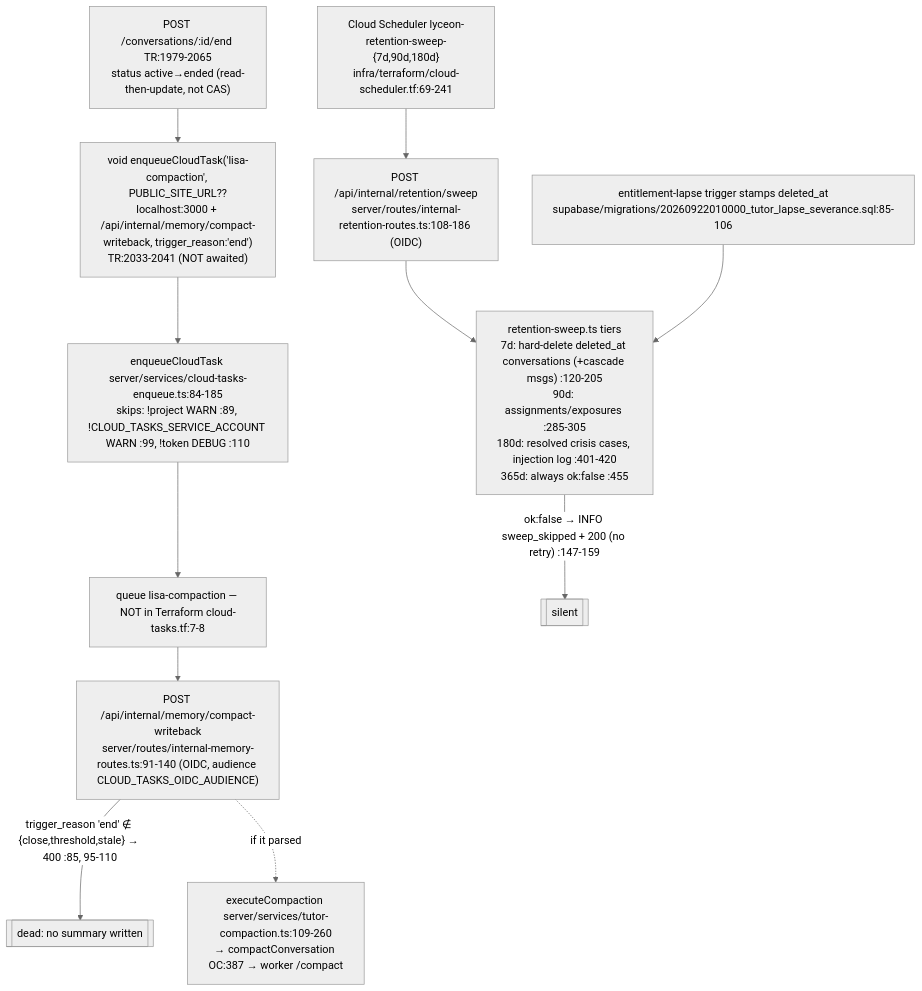
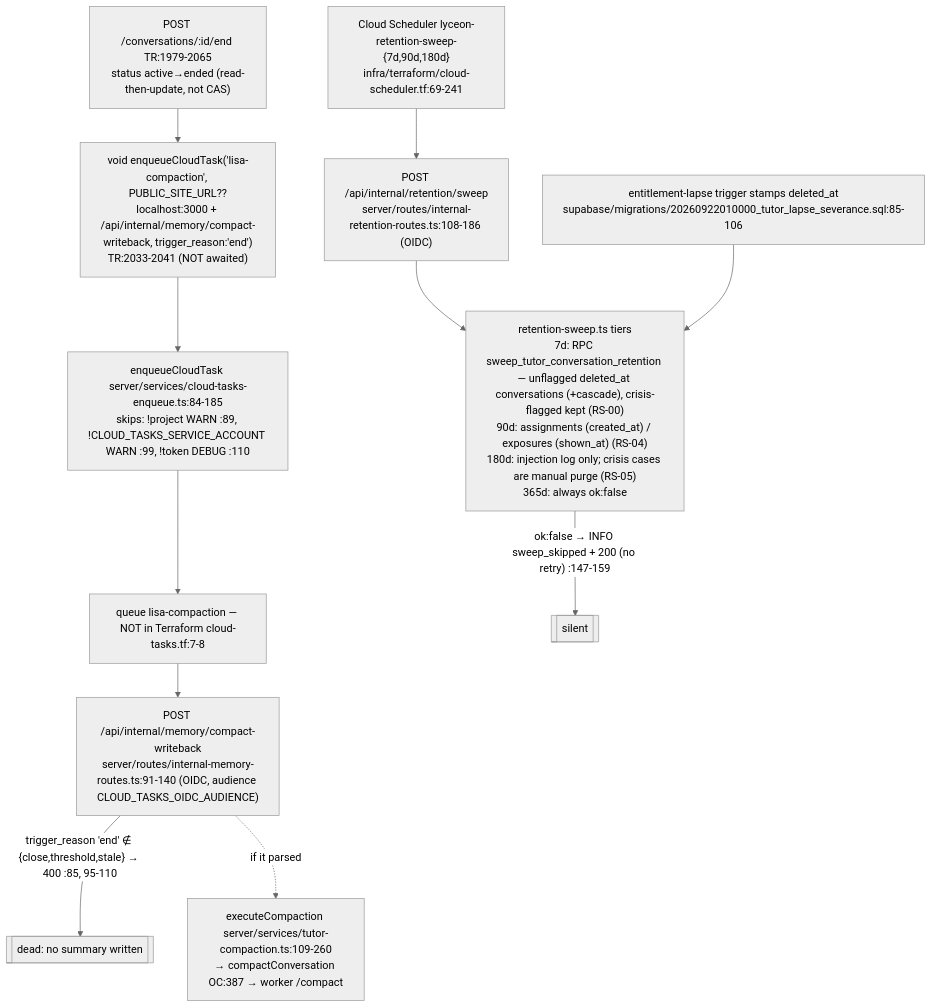
One commit to Lyceon-Team/Lyceonai changed the fifth of 9 diagrams in docs/lisa-flow-map.md. Above: the diagram before and after it, drawn with Mermaid (neutral theme). The commit also changed other lines of this file and 5 other files, not shown here.

First line of the commit message:
RS-05: 180d retention tier stops deleting crisis cases

````diff
--- a/docs/lisa-flow-map.md
+++ b/docs/lisa-flow-map.md
@@ -213,13 +213,13 @@
 ```mermaid
 flowchart TD
   END["POST /conversations/:id/end TR:1979-2065<br/>status active→ended (read-then-update, not CAS)"] --> ENQ["void enqueueCloudTask('lisa-compaction', PUBLIC_SITE_URL??localhost:3000 + /api/internal/memory/compact-writeback, trigger_reason:'end')<br/>TR:2033-2041 (NOT awaited)"]
   ENQ --> ECT["enqueueCloudTask server/services/cloud-tasks-enqueue.ts:84-185<br/>skips: !project WARN :89, !CLOUD_TASKS_SERVICE_ACCOUNT WARN :99, !token DEBUG :110"]
   ECT --> QC["queue lisa-compaction — NOT in Terraform cloud-tasks.tf:7-8"]
   QC --> WB["POST /api/internal/memory/compact-writeback<br/>server/routes/internal-memory-routes.ts:91-140 (OIDC, audience CLOUD_TASKS_OIDC_AUDIENCE)"]
   WB -->|"trigger_reason 'end' ∉ {close,threshold,stale} → 400 :85, 95-110"| DEAD[["dead: no summary written"]]
   WB -.->|"if it parsed"| EXC["executeCompaction server/services/tutor-compaction.ts:109-260<br/>→ compactConversation OC:387 → worker /compact"]
   SCH["Cloud Scheduler lyceon-retention-sweep-{7d,90d,180d}<br/>infra/terraform/cloud-scheduler.tf:69-241"] --> RS["POST /api/internal/retention/sweep<br/>server/routes/internal-retention-routes.ts:108-186 (OIDC)"]
-  RS --> RT["retention-sweep.ts tiers<br/>7d: hard-delete deleted_at conversations (+cascade msgs) :120-205<br/>90d: assignments/exposures :285-305<br/>180d: resolved crisis cases, injection log :401-420<br/>365d: always ok:false :455"]
+  RS --> RT["retention-sweep.ts tiers<br/>7d: RPC sweep_tutor_conversation_retention — unflagged deleted_at conversations (+cascade), crisis-flagged kept (RS-00)<br/>90d: assignments (created_at) / exposures (shown_at) (RS-04)<br/>180d: injection log only; crisis cases are manual purge (RS-05)<br/>365d: always ok:false"]
   RT -->|"ok:false → INFO sweep_skipped + 200 (no retry) :147-159"| QUIET[["silent"]]
   LAPSE["entitlement-lapse trigger stamps deleted_at<br/>supabase/migrations/20260922010000_tutor_lapse_severance.sql:85-106"] --> RT
 ```
````
